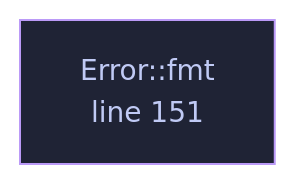
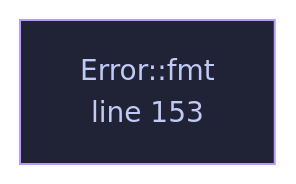
Before and after one commit to tilas01/veilvoice: the diagram in wiki/File-veilvoice-crypto-lib.md, drawn with Mermaid. The commit also changed other lines of this file and 57 other files, not shown here.

````diff
--- a/wiki/File-veilvoice-crypto-lib.md
+++ b/wiki/File-veilvoice-crypto-lib.md
@@ -103,8 +103,8 @@
 ```mermaid
 %%{init: {"theme":"base","themeVariables":{"background":"#1a1b26","primaryColor":"#1f2335","primaryTextColor":"#c0caf5","primaryBorderColor":"#7aa2f7","secondaryColor":"#16161e","tertiaryColor":"#16161e","lineColor":"#737aa2","textColor":"#c0caf5","mainBkg":"#1f2335","nodeBorder":"#7aa2f7","clusterBkg":"#16161e","clusterBorder":"#2f3549","fontFamily":"ui-monospace, SFMono-Regular, Consolas, monospace","fontSize":"14px"}}}%%
 flowchart TD
-    n_fmt["Error::fmt<br/>line 151"]
-    click n_fmt href "https://github.com/tilas01/veilvoice/blob/main/crates/veilvoice-crypto/src/lib.rs#L151" "open the source"
+    n_fmt["Error::fmt<br/>line 153"]
+    click n_fmt href "https://github.com/tilas01/veilvoice/blob/main/crates/veilvoice-crypto/src/lib.rs#L153" "open the source"
     classDef helper fill:#1f2335,stroke:#bb9af7,color:#c0caf5
     class n_fmt helper
 ```
````
